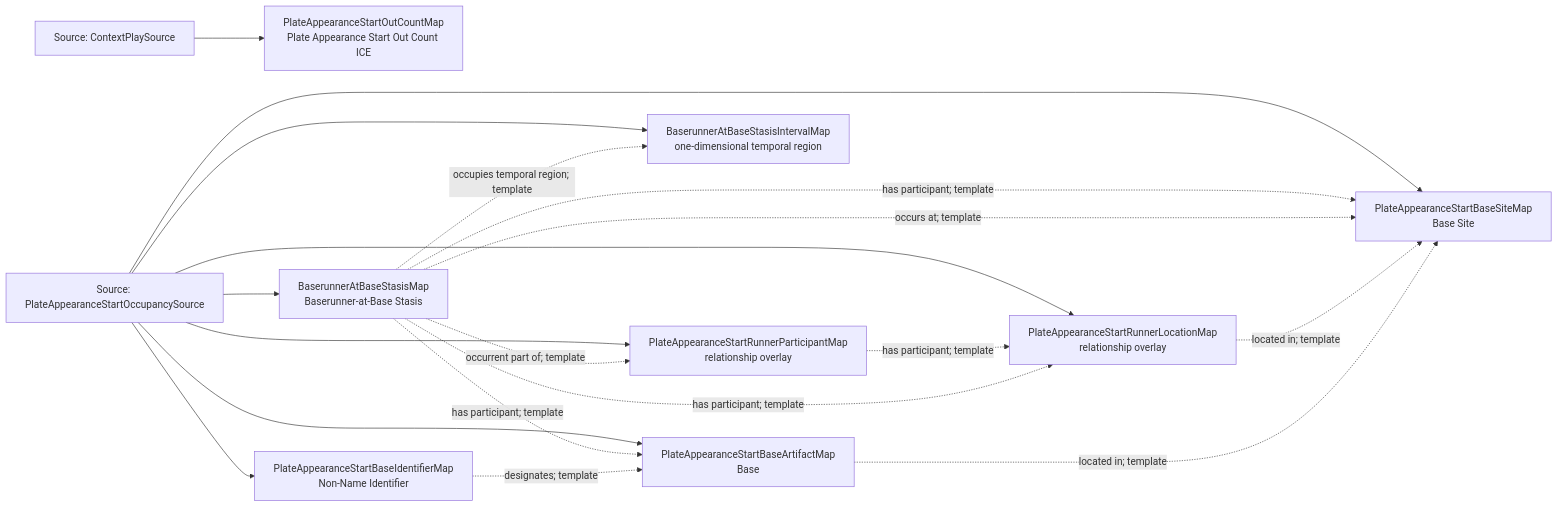
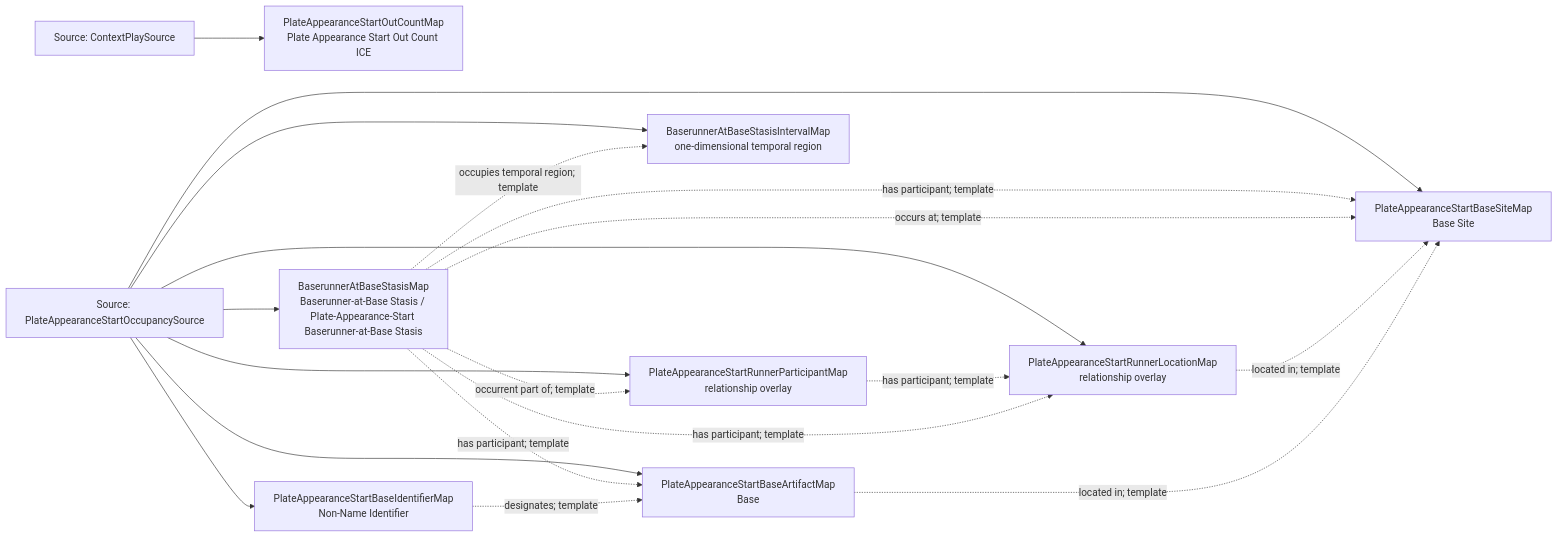
Before and after one commit to CarterBeauBenson/BaseballO: the diagram in Baseball/mermaid/patterns/mlb-game/57-plate-appearance-start-state.md, drawn with Mermaid. The commit also changed other lines of this file and 158 other files, not shown here.

````diff
--- a/Baseball/mermaid/patterns/mlb-game/57-plate-appearance-start-state.md
+++ b/Baseball/mermaid/patterns/mlb-game/57-plate-appearance-start-state.md
@@ -10,31 +10,31 @@
 ```mermaid
 flowchart LR
     S01["Source: ContextPlaySource"]
     S02["Source: PlateAppearanceStartOccupancySource"]
     M01["PlateAppearanceStartOutCountMap<br/>Plate Appearance Start Out Count ICE"]
     M02["PlateAppearanceStartRunnerParticipantMap<br/>relationship overlay"]
-    M03["BaserunnerAtBaseStasisMap<br/>Baserunner-at-Base Stasis"]
+    M03["BaserunnerAtBaseStasisMap<br/>Baserunner-at-Base Stasis / Plate-Appearance-Start Baserunner-at-Base Stasis"]
     M04["BaserunnerAtBaseStasisIntervalMap<br/>one-dimensional temporal region"]
     M05["PlateAppearanceStartRunnerLocationMap<br/>relationship overlay"]
     M06["PlateAppearanceStartBaseArtifactMap<br/>Base"]
     M07["PlateAppearanceStartBaseIdentifierMap<br/>Non-Name Identifier"]
     M08["PlateAppearanceStartBaseSiteMap<br/>Base Site"]
     S01 --> M01
     S02 --> M02
     S02 --> M03
     S02 --> M04
     S02 --> M05
     S02 --> M06
     S02 --> M07
     S02 --> M08
     M02 -.->|has participant; template| M05
     M03 -.->|has participant; template| M05
     M03 -.->|has participant; template| M06
     M03 -.->|has participant; template| M08
     M03 -.->|occupies temporal region; template| M04
     M03 -.->|occurrent part of; template| M02
     M03 -.->|occurs at; template| M08
     M05 -.->|located in; template| M08
     M06 -.->|located in; template| M08
     M07 -.->|designates; template| M06
 ```
````
